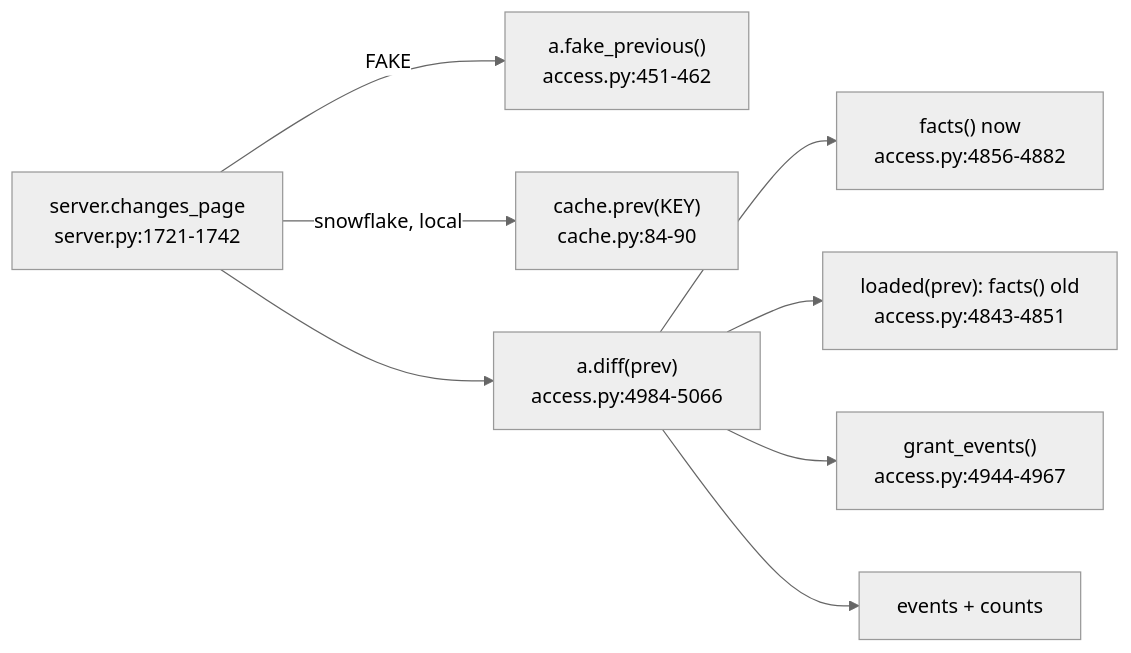
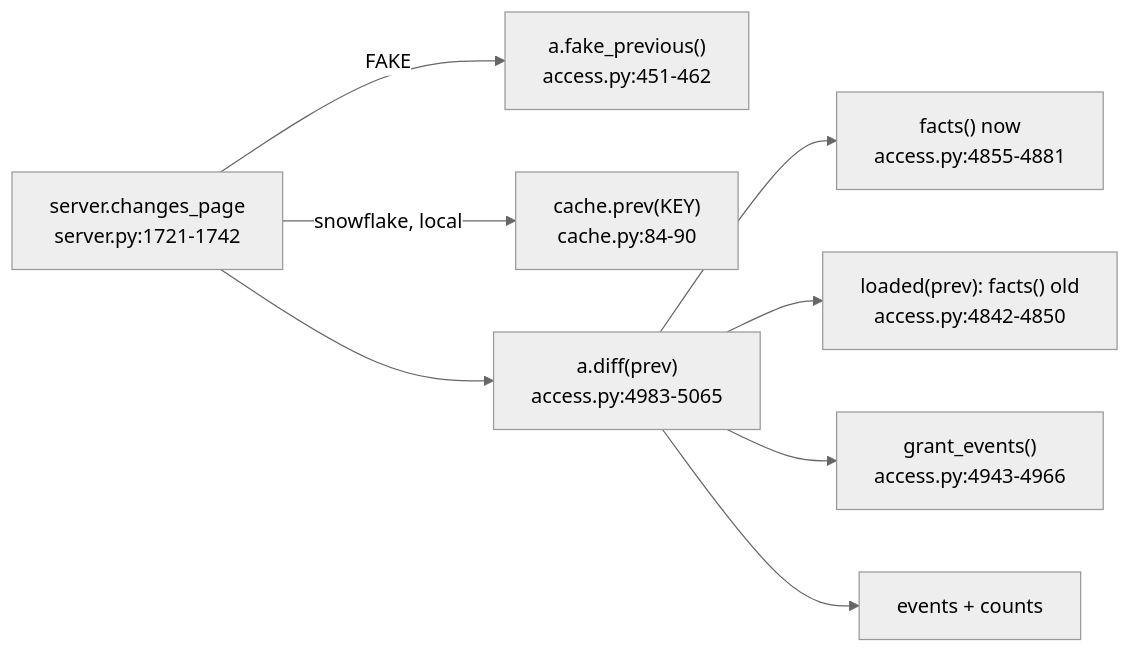
Before and after one commit to darshanmeel/snowflake-access-explorer: the diagram in snowflake-access-explorer-knowledge-graph/logic/diff.md, drawn with Mermaid (neutral theme). The commit also changed other lines of this file and 67 other files, not shown here.

Commit message:
Knowledge graph: QUERY_TAG and STREAMLIT_APP settings, run_sql.py fallback, access.py line refs after 4386 corrected

````diff
--- a/snowflake-access-explorer-knowledge-graph/logic/diff.md
+++ b/snowflake-access-explorer-knowledge-graph/logic/diff.md
@@ -6,10 +6,10 @@
 ```mermaid
 flowchart LR
   CP["server.changes_page<br/>server.py:1721-1742"] -->|FAKE| FP["a.fake_previous()<br/>access.py:451-462"]
   CP -->|snowflake, local| PR["cache.prev(KEY)<br/>cache.py:84-90"]
-  CP --> D["a.diff(prev)<br/>access.py:4984-5066"]
-  D --> FN["facts() now<br/>access.py:4856-4882"]
-  D --> LD["loaded(prev): facts() old<br/>access.py:4843-4851"]
-  D --> GE["grant_events()<br/>access.py:4944-4967"]
+  CP --> D["a.diff(prev)<br/>access.py:4983-5065"]
+  D --> FN["facts() now<br/>access.py:4855-4881"]
+  D --> LD["loaded(prev): facts() old<br/>access.py:4842-4850"]
+  D --> GE["grant_events()<br/>access.py:4943-4966"]
   D --> EV[events + counts]
 ```
````
